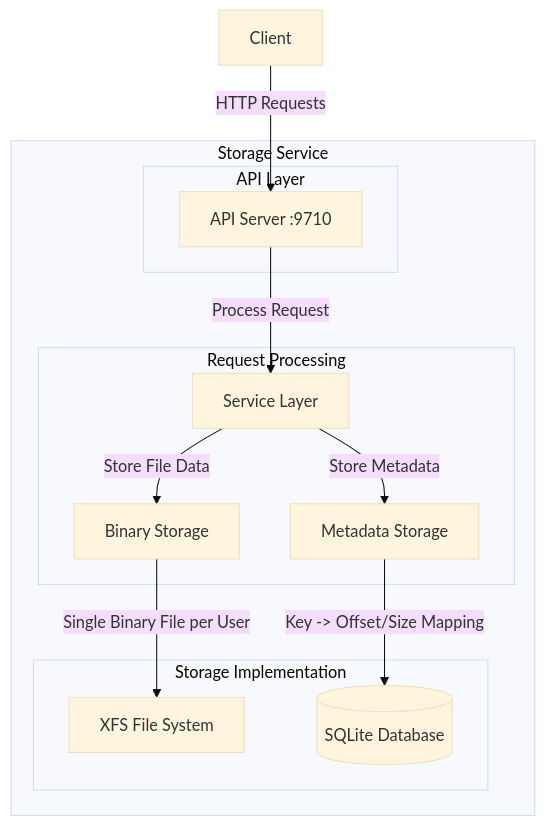
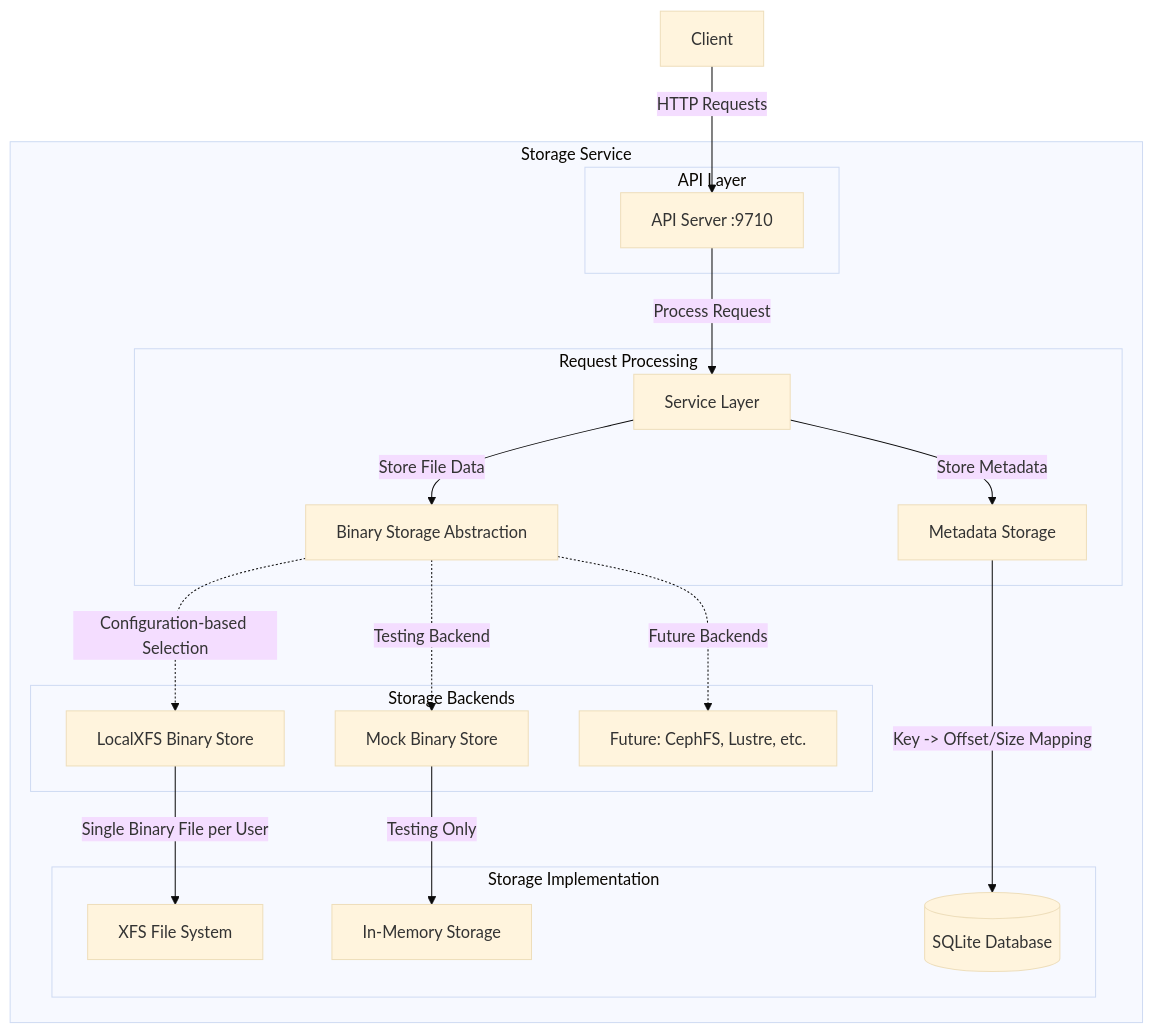
One commit to vitality-ai/warpdrive changed the diagram in docs/Technical-Architecture.md. Above: the diagram before and after it, drawn with Mermaid (base theme). The commit also changed other lines of this file and 1 other file, not shown here.

Commit message:
Add documentation for Binary Storage abstraction layer configuration

````diff
--- a/docs/Technical-Architecture.md
+++ b/docs/Technical-Architecture.md
@@ -10,27 +10,38 @@
 ```mermaid
 graph TD
     subgraph "Storage Service"
         subgraph "API Layer"
             API[API Server :9710]
         end
 
         subgraph "Request Processing"
             SVC[Service Layer]
-            BIN[Binary Storage]
+            BST[Binary Storage Abstraction]
             META[Metadata Storage]
+        end
+
+        subgraph "Storage Backends"
+            LXFS[LocalXFS Binary Store]
+            MOCK[Mock Binary Store]
+            FUTURE[Future: CephFS, Lustre, etc.]
         end
 
         subgraph "Storage Implementation"
             XFS[XFS File System]
             DB[(SQLite Database)]
+            MEM[In-Memory Storage]
         end
 
         API -->|Process Request| SVC
-        SVC -->|Store File Data| BIN
+        SVC -->|Store File Data| BST
         SVC -->|Store Metadata| META
-        BIN -->|Single Binary File per User| XFS
+        BST -.->|Configuration-based Selection| LXFS
+        BST -.->|Testing Backend| MOCK
+        BST -.->|Future Backends| FUTURE
+        LXFS -->|Single Binary File per User| XFS
+        MOCK -->|Testing Only| MEM
         META -->|Key -> Offset/Size Mapping| DB
     end
 
     C[Client] -->|HTTP Requests| API
 ```
````
